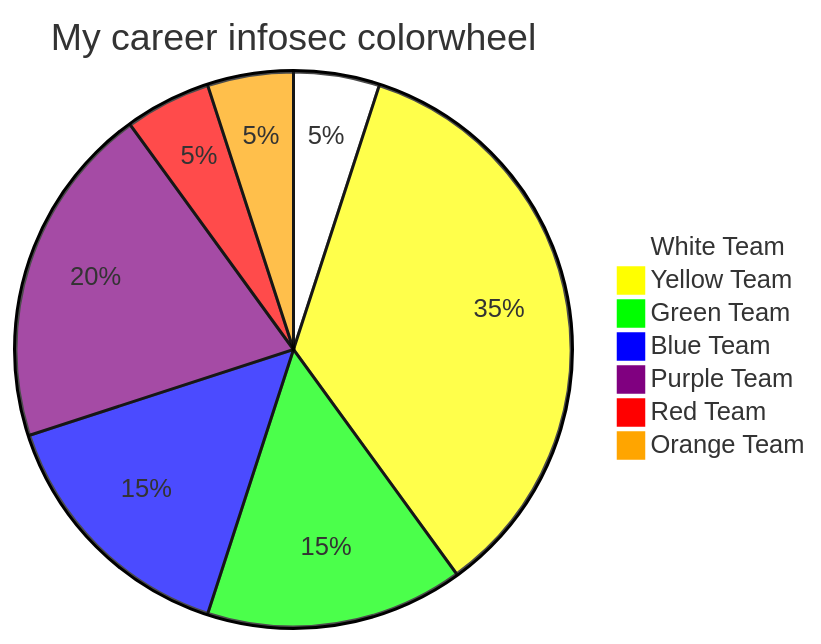
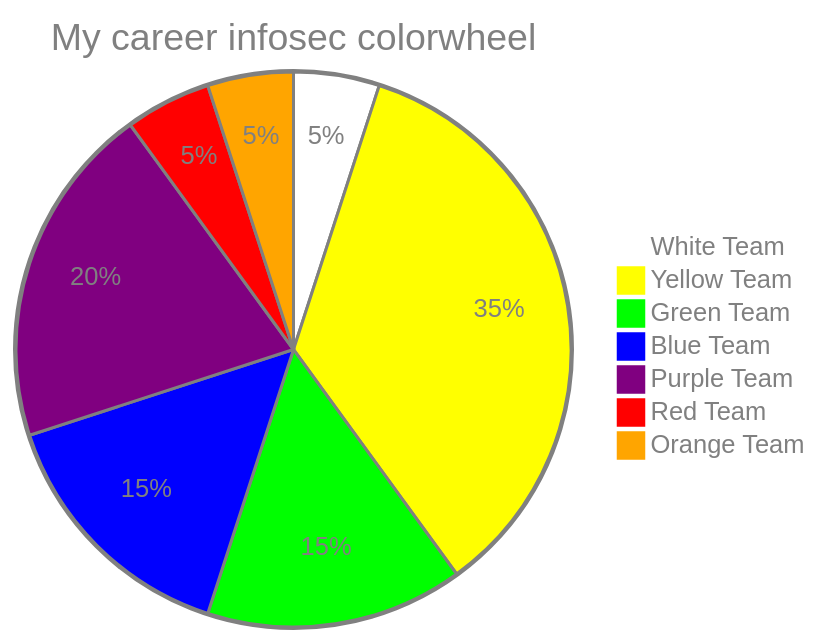
Before and after one commit to felickz/felickz: the diagram in README-colorwheel.md, drawn with Mermaid.

Commit message:
Fix colorwheel pie: full opacity and theme-neutral text colors

````diff
--- a/README-colorwheel.md
+++ b/README-colorwheel.md
@@ -4,13 +4,13 @@
 ```mermaid
-%%{init: {'theme': 'base', 'themeVariables': { 'pie1': '#FFFFFF', 'pie2': '#FFFF00', 'pie3': '#00FF00', 'pie4': '#0000FF', 'pie5': '#800080', 'pie6': '#ff0000', 'pie7': '#FFA500'}}}%%
+%%{init: {'theme': 'base', 'themeVariables': { 'pie1': '#FFFFFF', 'pie2': '#FFFF00', 'pie3': '#00FF00', 'pie4': '#0000FF', 'pie5': '#800080', 'pie6': '#ff0000', 'pie7': '#FFA500', 'pieOpacity': '1', 'pieStrokeColor': '#808080', 'pieOuterStrokeColor': '#808080', 'pieTitleTextColor': '#808080', 'pieLegendTextColor': '#808080', 'pieSectionTextColor': '#808080'}}}%%
 pie
   title My career infosec colorwheel
   "White Team" : 5
   "Yellow Team" : 35
   "Green Team" : 15
   "Blue Team" : 15
   "Purple Team" : 20
   "Red Team" : 5
   "Orange Team" : 5
   
 ```
````
